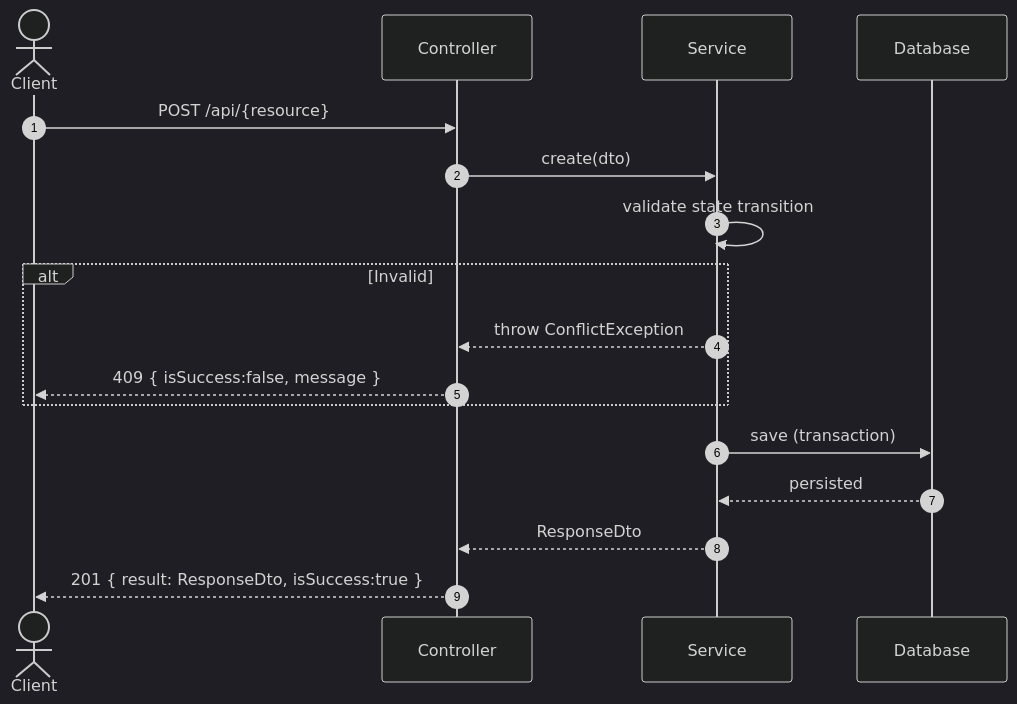
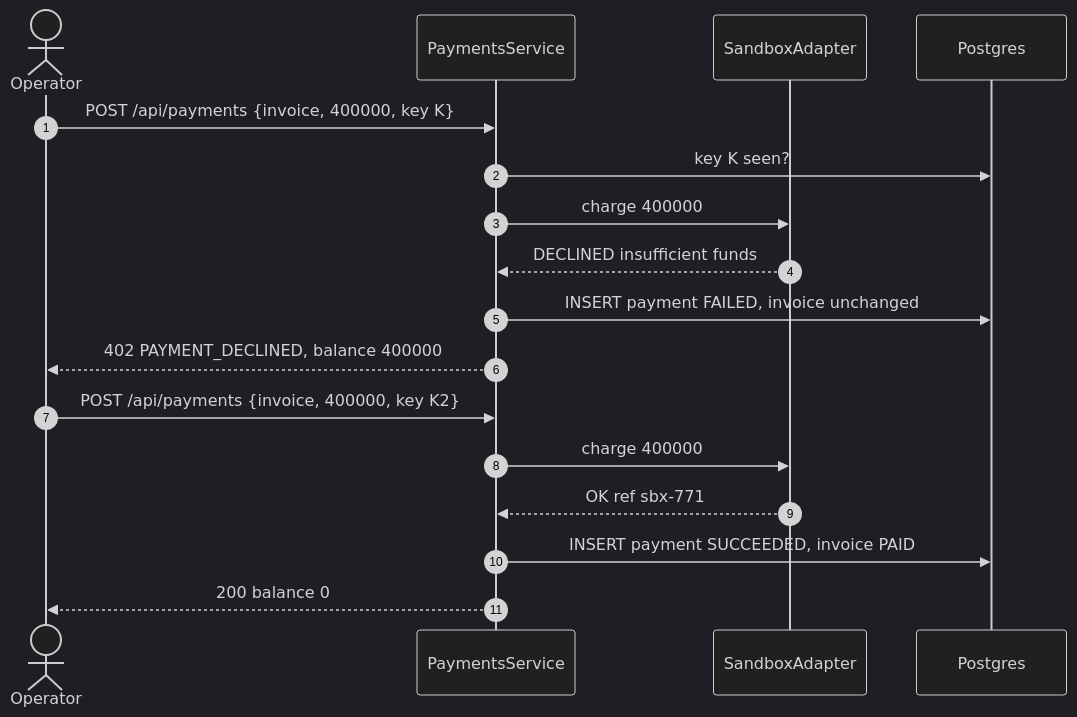
Before and after one commit to TrekLink-Team/treklink-web: the diagram in specs/billing/design.md, drawn with Mermaid (dark theme). The commit also changed other lines of this file and 15 other files, not shown here.

First line of the commit message:
docs(billing): specify pricing, escrow, settlement, sandbox payments and waivers

````diff
--- a/specs/billing/design.md
+++ b/specs/billing/design.md
@@ -51,20 +206,19 @@
 ```mermaid
 sequenceDiagram
     autonumber
-    actor Client
-    participant Controller
-    participant Service
-    participant DB as Database
-
-    Client->>Controller: POST /api/{resource}
-    Controller->>Service: create(dto)
-    Service->>Service: validate state transition
-    alt Invalid
-        Service-->>Controller: throw ConflictException
-        Controller-->>Client: 409 { isSuccess:false, message }
-    end
-    Service->>DB: save (transaction)
-    DB-->>Service: persisted
-    Service-->>Controller: ResponseDto
-    Controller-->>Client: 201 { result: ResponseDto, isSuccess:true }
+    actor O as Operator
+    participant P as PaymentsService
+    participant S as SandboxAdapter
+    participant DB as Postgres
+    O->>P: POST /api/payments {invoice, 400000, key K}
+    P->>DB: key K seen?
+    P->>S: charge 400000
+    S-->>P: DECLINED insufficient funds
+    P->>DB: INSERT payment FAILED, invoice unchanged
+    P-->>O: 402 PAYMENT_DECLINED, balance 400000
+    O->>P: POST /api/payments {invoice, 400000, key K2}
+    P->>S: charge 400000
+    S-->>P: OK ref sbx-771
+    P->>DB: INSERT payment SUCCEEDED, invoice PAID
+    P-->>O: 200 balance 0
 ```
````
